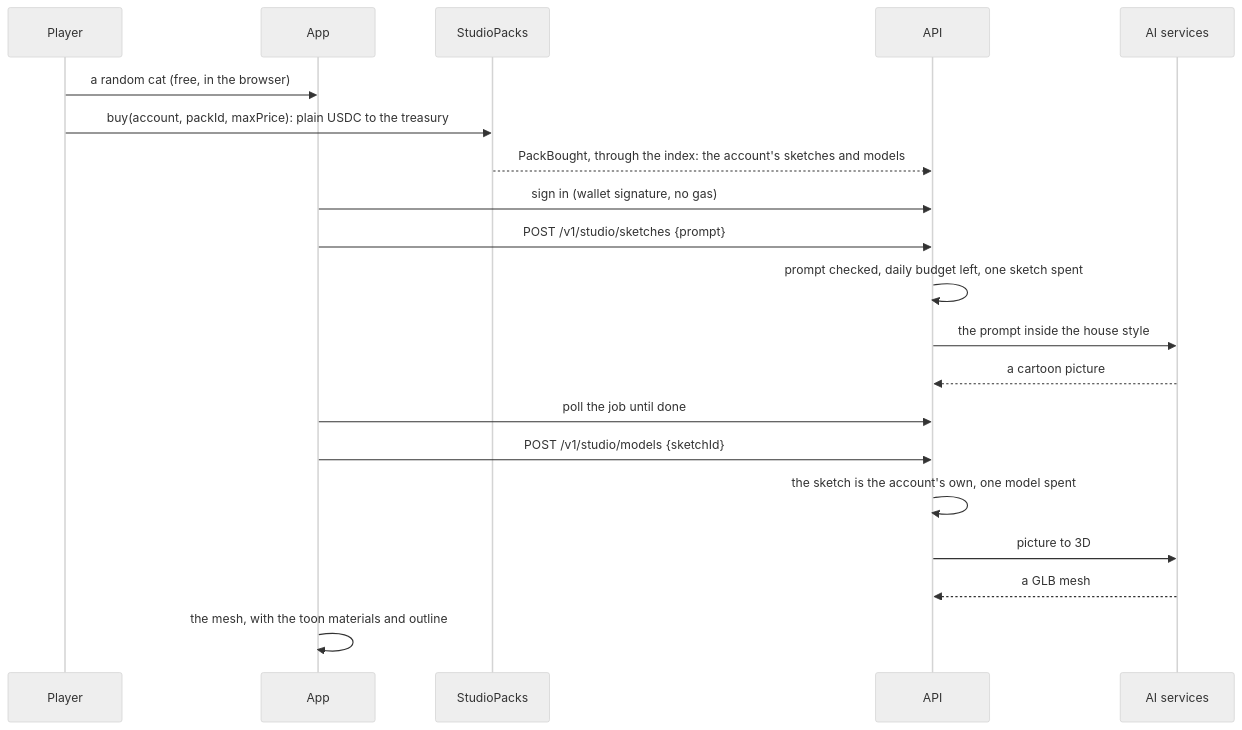
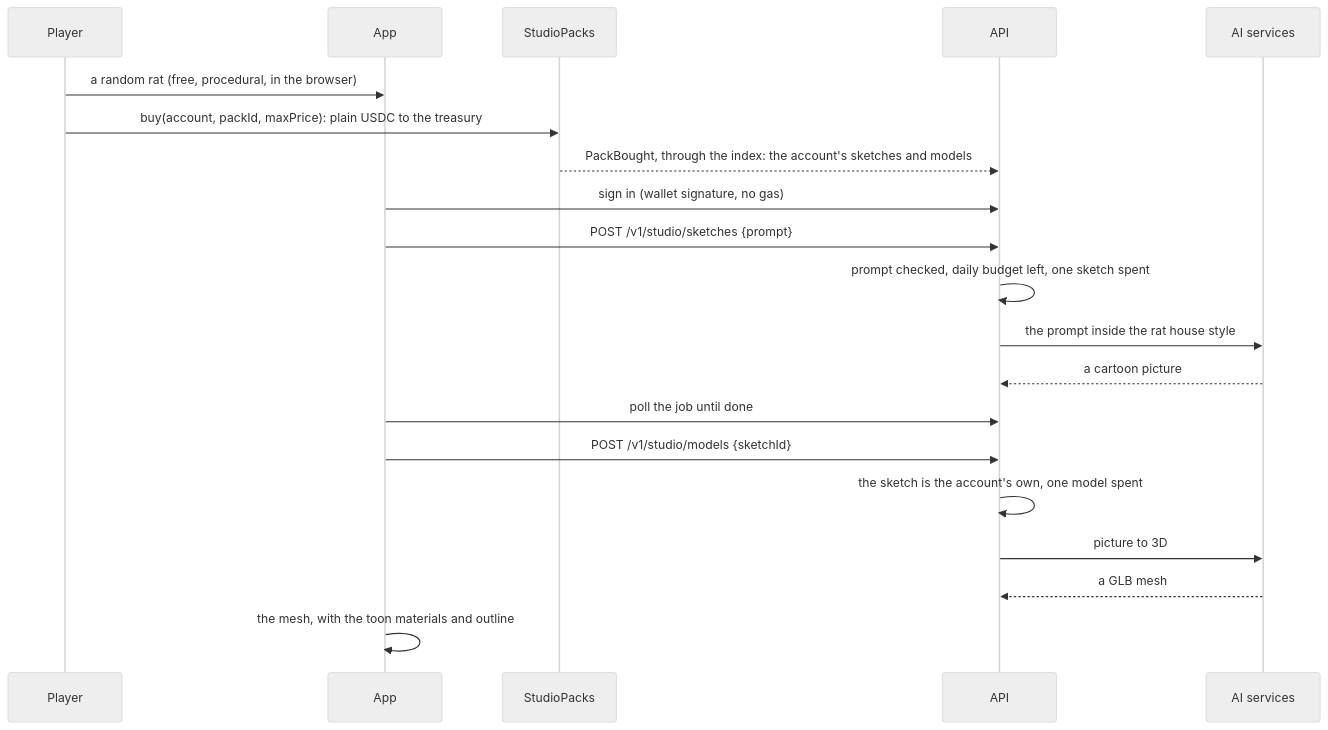
Diagram 19 of 27 in docs/FLOWS.md (jecombe/do_not_open), drawn with Mermaid (neutral theme) before and after one commit. The commit also changed other lines of this file and 38 other files, not shown here.

Commit message:
Draw rats in the studio instead of cats, with a free procedural rat generator and an animated rat on the home page

````diff
--- a/docs/FLOWS.md
+++ b/docs/FLOWS.md
@@ -628,22 +629,22 @@
 ```mermaid
 sequenceDiagram
   participant U as Player
   participant App
   participant SP as StudioPacks
   participant API
   participant AI as AI services
-  U->>App: a random cat (free, in the browser)
+  U->>App: a random rat (free, procedural, in the browser)
   U->>SP: buy(account, packId, maxPrice): plain USDC to the treasury
   SP-->>API: PackBought, through the index: the account's sketches and models
   App->>API: sign in (wallet signature, no gas)
   App->>API: POST /v1/studio/sketches {prompt}
   API->>API: prompt checked, daily budget left, one sketch spent
-  API->>AI: the prompt inside the house style
+  API->>AI: the prompt inside the rat house style
   AI-->>API: a cartoon picture
   App->>API: poll the job until done
   App->>API: POST /v1/studio/models {sketchId}
   API->>API: the sketch is the account's own, one model spent
   API->>AI: picture to 3D
   AI-->>API: a GLB mesh
   App->>App: the mesh, with the toon materials and outline
 ```
````
